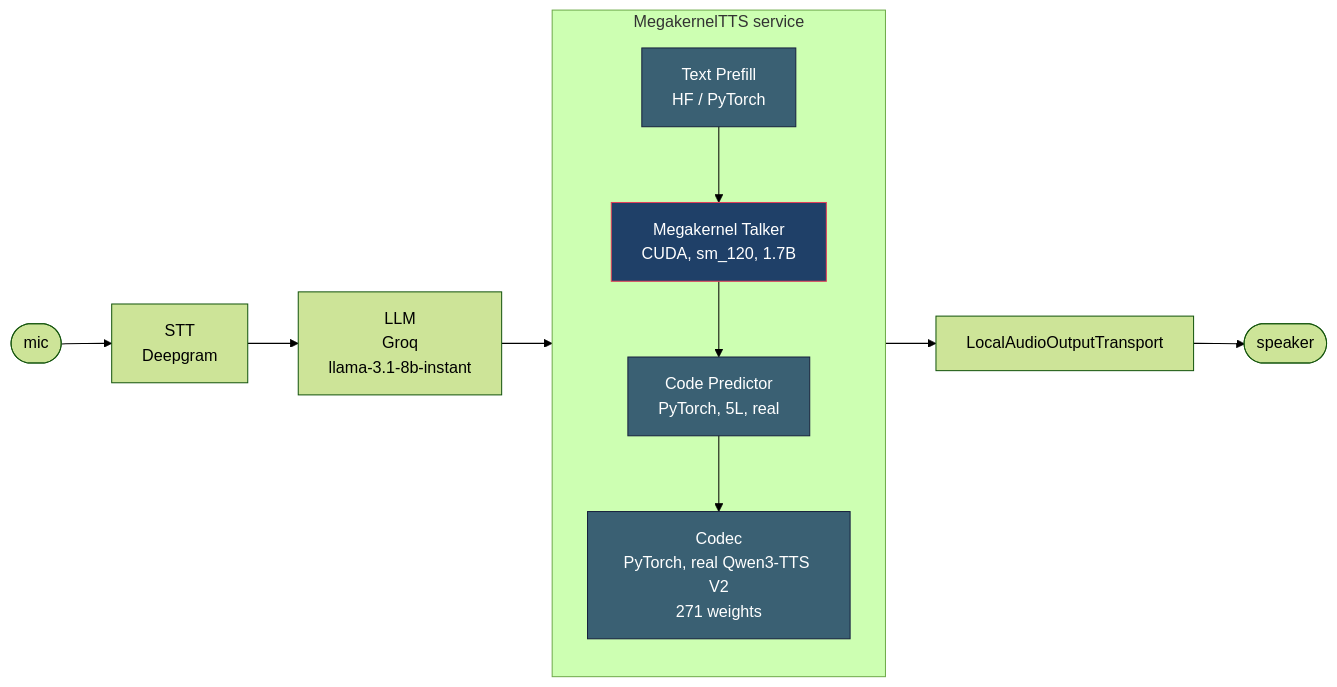
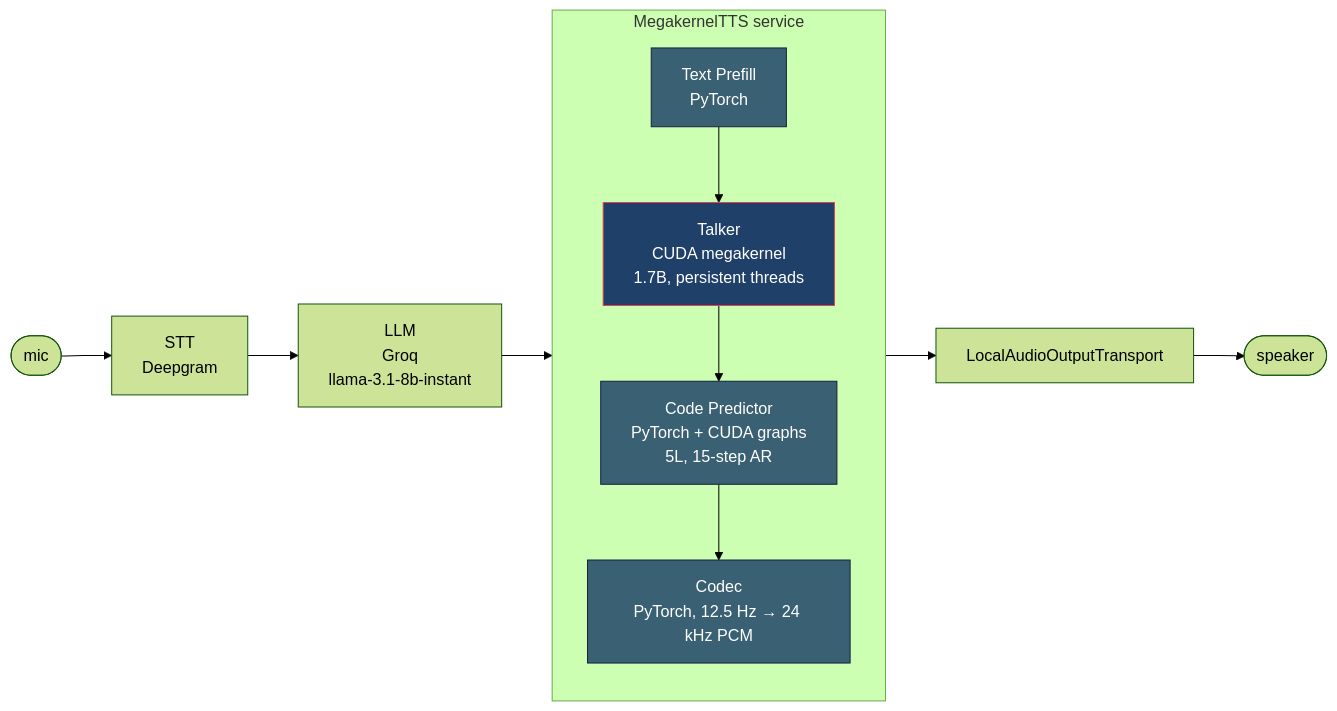
Before and after one commit to pratham7711/e3-megakernel-tts-takehome: the diagram in README.md, drawn with Mermaid (forest theme). The commit also changed other lines of this file and 2 other files, not shown here.

````diff
--- a/README.md
+++ b/README.md
@@ -9,21 +17,21 @@
 ```mermaid
 flowchart LR
     Mic([mic]) --> STT[STT<br/>Deepgram]
     STT --> LLM[LLM<br/>Groq<br/>llama-3.1-8b-instant]
     LLM --> TTS
 
     subgraph TTS["MegakernelTTS service"]
         direction TB
-        Prefill[Text Prefill<br/>HF / PyTorch] --> Talker[Megakernel Talker<br/>CUDA, sm_120, 1.7B]
-        Talker --> CodePred[Code Predictor<br/>PyTorch, 5L, real]
-        CodePred --> Codec[Codec<br/>PyTorch, real Qwen3-TTS V2<br/>271 weights]
+        Prefill[Text Prefill<br/>PyTorch] --> Talker[Talker<br/>CUDA megakernel<br/>1.7B, persistent threads]
+        Talker --> CodePred[Code Predictor<br/>PyTorch + CUDA graphs<br/>5L, 15-step AR]
+        CodePred --> Codec[Codec<br/>PyTorch, 12.5 Hz → 24 kHz PCM]
     end
 
     TTS --> Out[LocalAudioOutputTransport]
     Out --> Spk([speaker])
 
     classDef cuda fill:#1f4068,stroke:#e43f5a,color:#fff
     classDef py fill:#3a6073,stroke:#16213e,color:#fff
     class Talker cuda
     class Prefill,CodePred,Codec py
 ```
````
